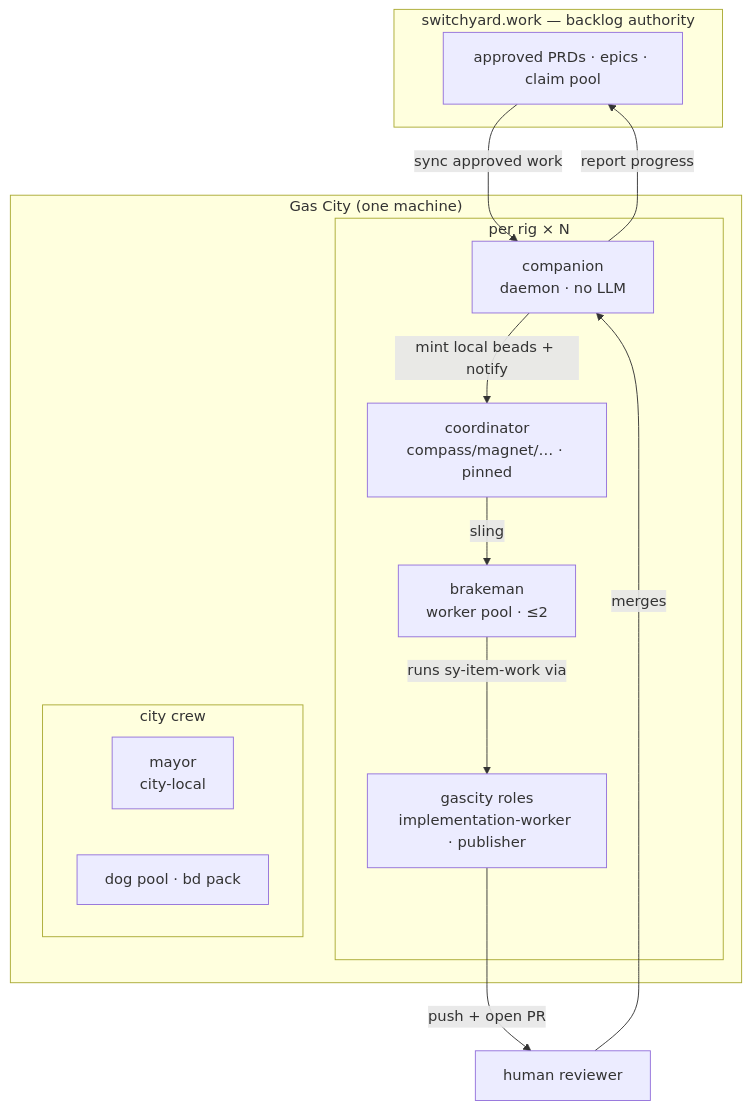
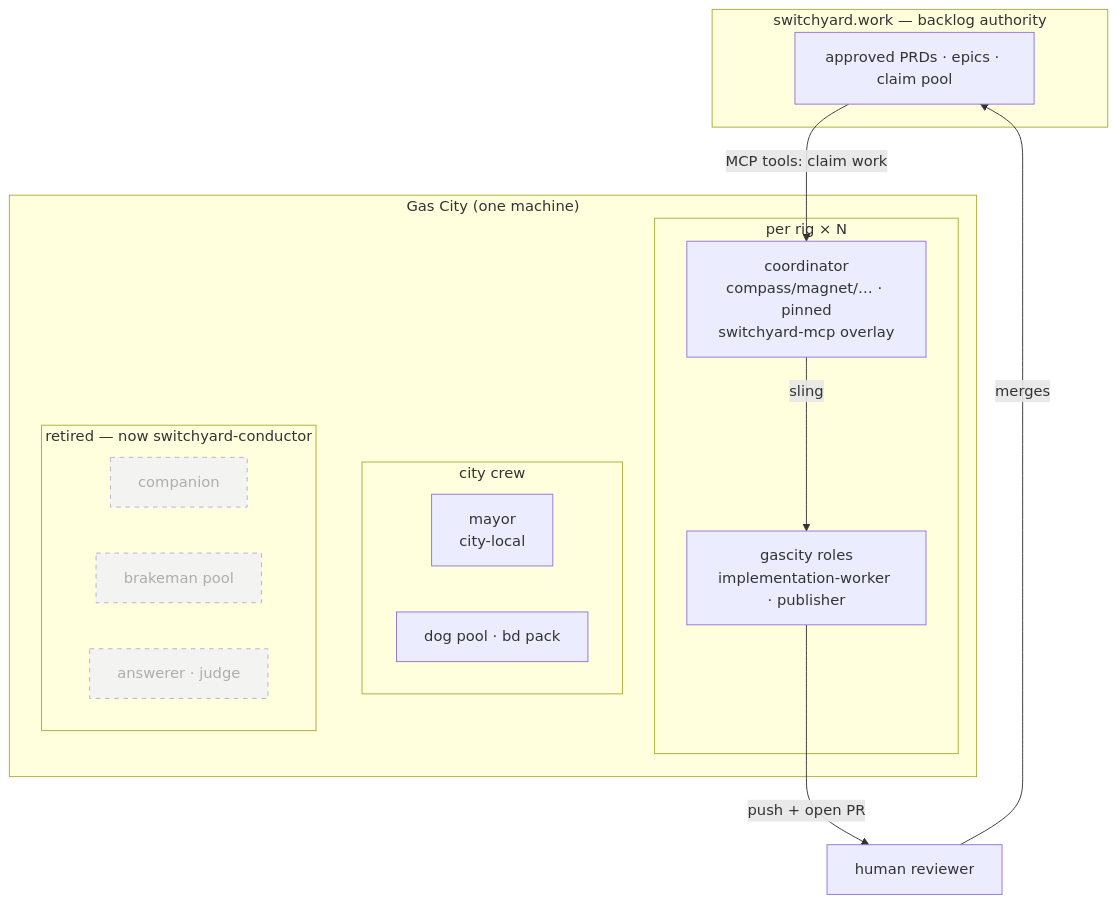
The diagram in README.md (outdoorsea/switchyard-packs), drawn with Mermaid before and after one commit. The commit also changed other lines of this file and 2 other files, not shown here.

First line of the commit message:
mirror: packs/ from outdoorsea/switchyard@07756b4762da1206435c75f32b6aec6ddbee2d0f

````diff
--- a/README.md
+++ b/README.md
@@ -53,26 +60,28 @@
 ```mermaid
 flowchart TB
   subgraph CLOUD["switchyard.work — backlog authority"]
     PRD["approved PRDs · epics · claim pool"]
   end
   subgraph CITY["Gas City (one machine)"]
     subgraph RIG["per rig × N"]
-      comp["companion<br/>daemon · no LLM"]
-      coord["coordinator<br/>compass/magnet/… · pinned"]
-      pool["brakeman<br/>worker pool · ≤2"]
+      coord["coordinator<br/>compass/magnet/… · pinned<br/>switchyard-mcp overlay"]
       roles["gascity roles<br/>implementation-worker · publisher"]
     end
     subgraph CREW["city crew"]
       mayor["mayor<br/>city-local"]
       dog["dog pool · bd pack"]
     end
+    subgraph RETIRED["retired — now switchyard-conductor"]
+      comp["companion"]
+      pool["brakeman pool"]
+      qa["answerer · judge"]
+    end
   end
   human["human reviewer"]
-  PRD -->|sync approved work| comp
-  comp -->|mint local beads + notify| coord
-  coord -->|sling| pool
-  pool -->|runs sy-item-work via| roles
+  PRD -->|MCP tools: claim work| coord
+  coord -->|sling| roles
   roles -->|push + open PR| human
-  human -->|merges| comp
-  comp -->|report progress| PRD
+  human -->|merges| PRD
+  classDef retired stroke-dasharray: 5 5,opacity:0.6
+  class comp,pool,qa retired
 ```
````
